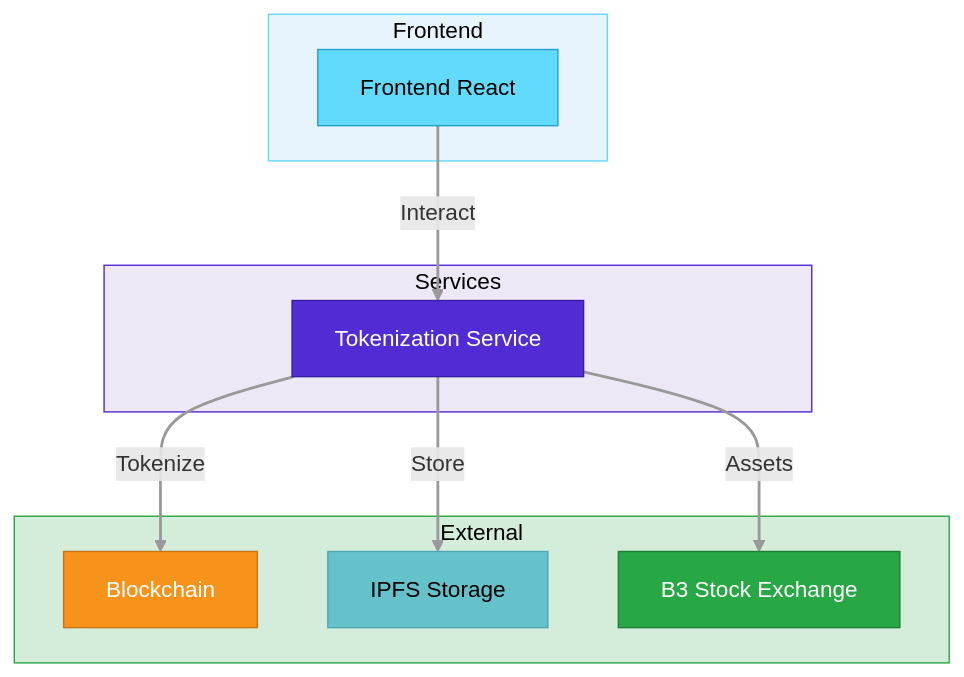
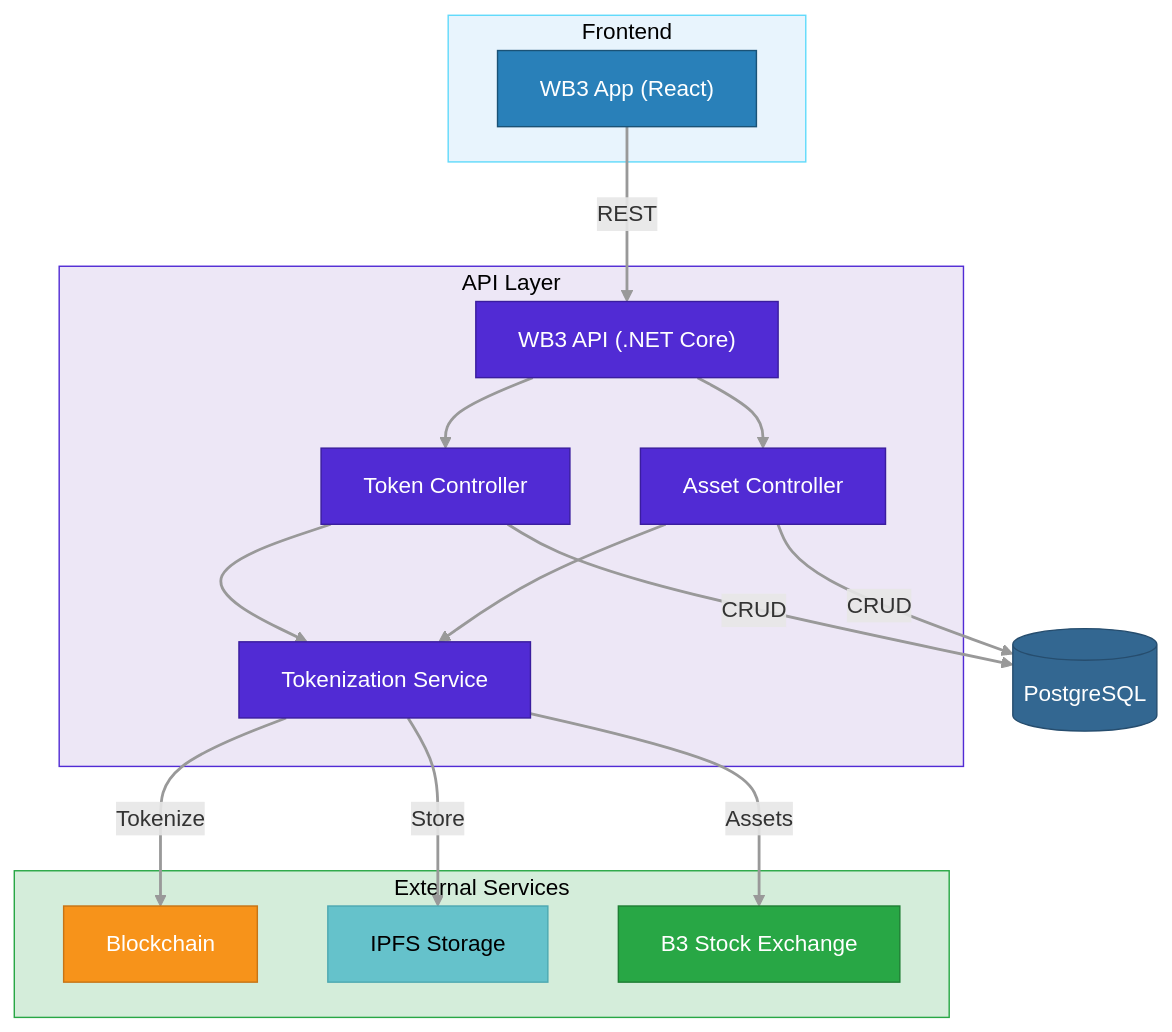
One commit to emaginebr/emagine-deploy changed the diagram in emagine-site/src/data/diagrams/wb3.mmd. Above: the diagram before and after it, drawn with Mermaid. The commit also changed 111 other files, not shown here.

Commit message:
fix: refactory diagrams

```diff
--- a/emagine-site/src/data/diagrams/wb3.mmd
+++ b/emagine-site/src/data/diagrams/wb3.mmd
@@ -1,35 +1,43 @@
 graph TD
     subgraph Frontend
-        FrontendApp["Frontend React"]
+        FrontendApp["WB3 App (React)"]
     end
-    subgraph Services
+    subgraph API["API Layer"]
+        APIServer["WB3 API (.NET Core)"]
+        TokenCtrl["Token Controller"]
+        AssetCtrl["Asset Controller"]
         TokenSvc["Tokenization Service"]
     end
-    subgraph External
+    subgraph External["External Services"]
         Blockchain["Blockchain"]
         IPFS["IPFS Storage"]
         B3["B3 Stock Exchange"]
     end
+    DB[("PostgreSQL")]
 
-    FrontendApp -->|"Interact"| TokenSvc
+    FrontendApp -->|"REST"| APIServer
+    APIServer --> TokenCtrl
+    APIServer --> AssetCtrl
+    TokenCtrl --> TokenSvc
+    AssetCtrl --> TokenSvc
     TokenSvc -->|"Tokenize"| Blockchain
     TokenSvc -->|"Store"| IPFS
     TokenSvc -->|"Assets"| B3
+    TokenCtrl -->|"CRUD"| DB
+    AssetCtrl -->|"CRUD"| DB
 
-    click FrontendApp mermaidCallback "Frontend"
-    click TokenSvc mermaidCallback "TokenSvc"
-    click Blockchain mermaidCallback "Blockchain"
-    click IPFS mermaidCallback "IPFS"
-    click B3 mermaidCallback "B3"
-
-    style FrontendApp fill:#61DAFB,stroke:#21a1c9,color:#000
+    style FrontendApp fill:#2980b9,stroke:#1a5276,color:#fff
+    style APIServer fill:#512BD4,stroke:#3a1d9e,color:#fff
+    style TokenCtrl fill:#512BD4,stroke:#3a1d9e,color:#fff
+    style AssetCtrl fill:#512BD4,stroke:#3a1d9e,color:#fff
     style TokenSvc fill:#512BD4,stroke:#3a1d9e,color:#fff
     style Blockchain fill:#f7931a,stroke:#c77415,color:#fff
     style IPFS fill:#65C2CB,stroke:#4da8b1,color:#000
     style B3 fill:#28a745,stroke:#1e7e34,color:#fff
+    style DB fill:#336791,stroke:#264d6e,color:#fff
 
     style Frontend fill:#e8f4fd,stroke:#61DAFB,color:#000
-    style Services fill:#ede7f6,stroke:#512BD4,color:#000
+    style API fill:#ede7f6,stroke:#512BD4,color:#000
     style External fill:#d4edda,stroke:#28a745,color:#000
 
     linkStyle default stroke:#999,stroke-width:2px
```
